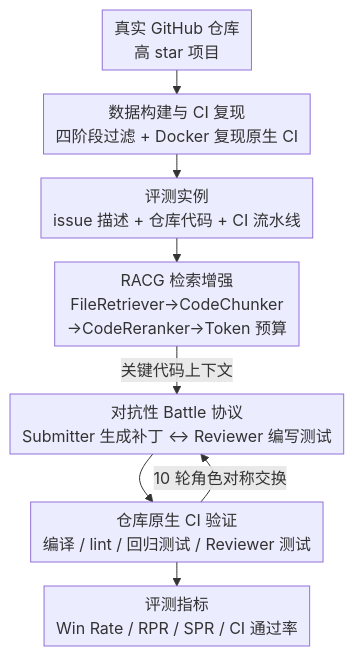
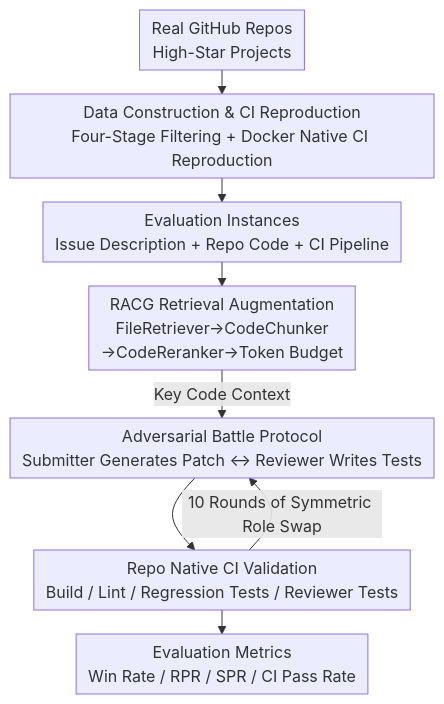
One commit to zhaoyang97/Paper-Notes-en changed the diagram in docs/ICLR2026/llm_efficiency/swingarena_competitive_programming_arena_for_long-context_github_issue_solving.md. Above: the diagram before and after it, drawn with Mermaid. The commit also changed 644 other files, not shown here.

````diff
--- a/docs/ICLR2026/llm_efficiency/swingarena_competitive_programming_arena_for_long-context_github_issue_solving.md
+++ b/docs/ICLR2026/llm_efficiency/swingarena_competitive_programming_arena_for_long-context_github_issue_solving.md
@@ -48,11 +48,11 @@
 ```mermaid
 %%{init: {'flowchart': {'rankSpacing': 24, 'nodeSpacing': 28, 'padding': 6, 'wrappingWidth': 400}}}%%
 flowchart TD
-    A["真实 GitHub 仓库<br/>高 star 项目"] --> B["数据构建与 CI 复现<br/>四阶段过滤 + Docker 复现原生 CI"]
-    B --> C["评测实例<br/>issue 描述 + 仓库代码 + CI 流水线"]
-    C --> D["RACG 检索增强<br/>FileRetriever→CodeChunker<br/>→CodeReranker→Token 预算"]
-    D -->|关键代码上下文| E["对抗性 Battle 协议<br/>Submitter 生成补丁 ↔ Reviewer 编写测试"]
-    E --> F["仓库原生 CI 验证<br/>编译 / lint / 回归测试 / Reviewer 测试"]
-    F -->|10 轮角色对称交换| E
-    F --> G["评测指标<br/>Win Rate / RPR / SPR / CI 通过率"]
+    A["Real GitHub Repos<br/>High-Star Projects"] --> B["Data Construction & CI Reproduction<br/>Four-Stage Filtering + Docker Native CI Reproduction"]
+    B --> C["Evaluation Instances<br/>Issue Description + Repo Code + CI Pipeline"]
+    C --> D["RACG Retrieval Augmentation<br/>FileRetriever→CodeChunker<br/>→CodeReranker→Token Budget"]
+    D -->|Key Code Context| E["Adversarial Battle Protocol<br/>Submitter Generates Patch ↔ Reviewer Writes Tests"]
+    E --> F["Repo Native CI Validation<br/>Build / Lint / Regression Tests / Reviewer Tests"]
+    F -->|10 Rounds of Symmetric Role Swap| E
+    F --> G["Evaluation Metrics<br/>Win Rate / RPR / SPR / CI Pass Rate"]
 ```
````
